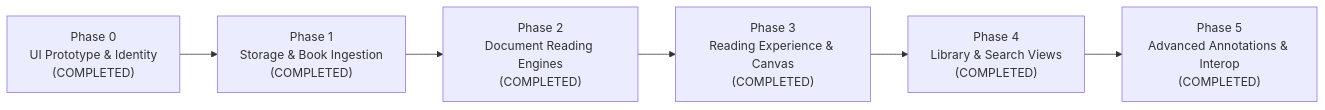
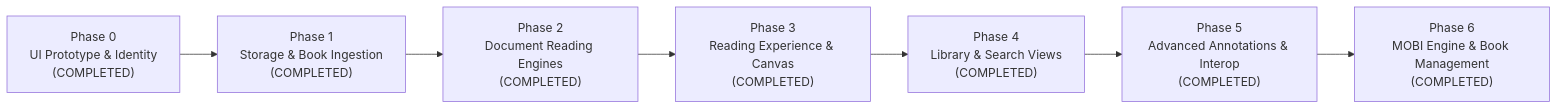
One commit to FeurisPT2/foliohaven-mobile changed the diagram in docs/ROADMAP.md. Above: the diagram before and after it, drawn with Mermaid. The commit also changed other lines of this file and 9 other files, not shown here.

Commit message:
feat: complete full feature parity with MOBI engine, TOC navigation, in-book search, and book management

````diff
--- a/docs/ROADMAP.md
+++ b/docs/ROADMAP.md
@@ -9,11 +9,12 @@
 ```mermaid
 flowchart LR
     P0["Phase 0<br/>UI Prototype & Identity<br/>(COMPLETED)"]
     P1["Phase 1<br/>Storage & Book Ingestion<br/>(COMPLETED)"]
     P2["Phase 2<br/>Document Reading Engines<br/>(COMPLETED)"]
     P3["Phase 3<br/>Reading Experience & Canvas<br/>(COMPLETED)"]
     P4["Phase 4<br/>Library & Search Views<br/>(COMPLETED)"]
     P5["Phase 5<br/>Advanced Annotations & Interop<br/>(COMPLETED)"]
+    P6["Phase 6<br/>MOBI Engine & Book Management<br/>(COMPLETED)"]
 
-    P0 --> P1 --> P2 --> P3 --> P4 --> P5
+    P0 --> P1 --> P2 --> P3 --> P4 --> P5 --> P6
 ```
````
